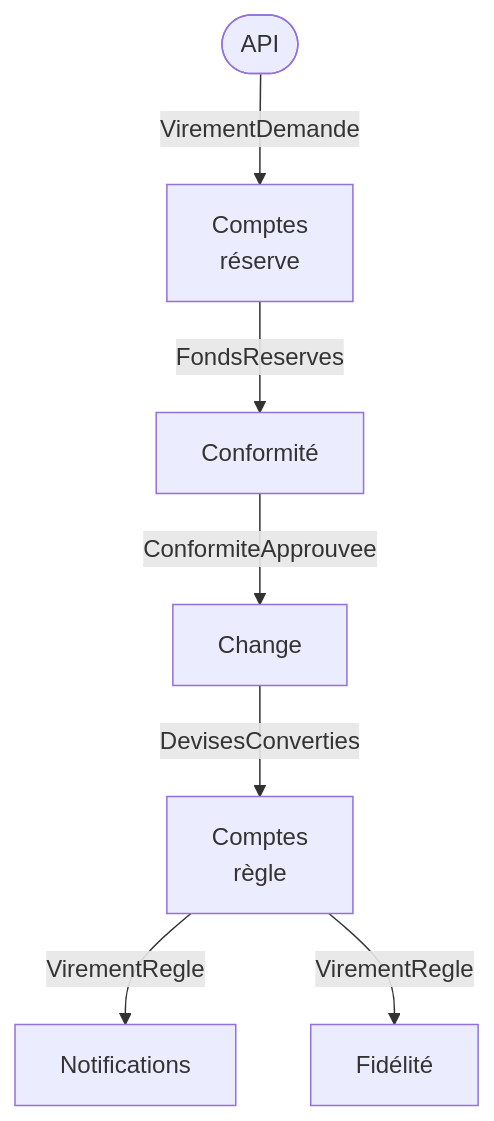
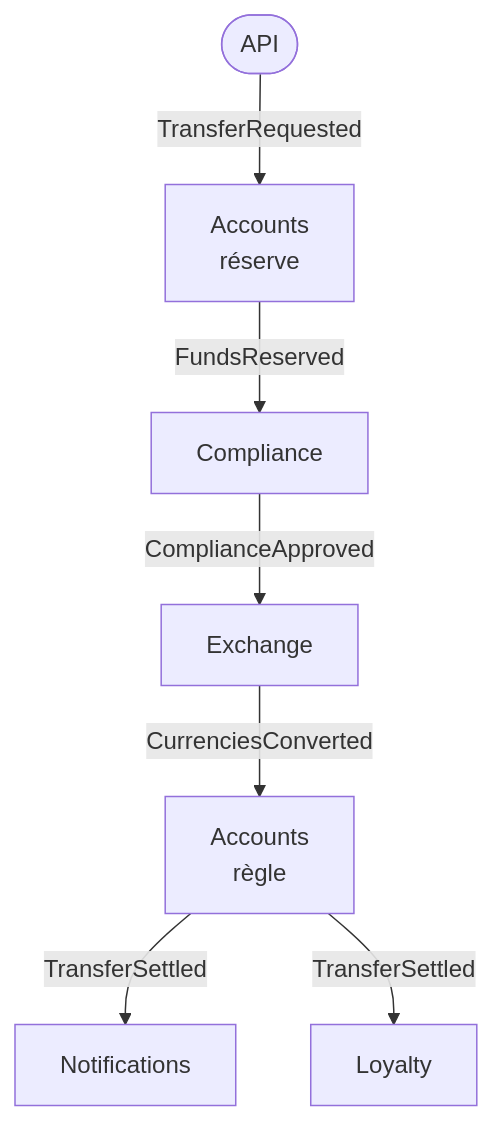
Before and after one commit to drangoht/ArchitecturesDemo: the diagram in Docs/fiches/21-choregraphie.md, drawn with Mermaid. The commit also changed other lines of this file and 70 other files, not shown here.

Commit message:
Docs FR : identifiants, liens, diagrammes et sorties alignés sur le code anglais

````diff
--- a/Docs/fiches/21-choregraphie.md
+++ b/Docs/fiches/21-choregraphie.md
@@ -12,8 +12,8 @@
 ```mermaid
 flowchart TB
-    API(["API"]) -->|VirementDemande| CO["Comptes<br/>réserve"]
-    CO -->|FondsReserves| CF["Conformité"]
-    CF -->|ConformiteApprouvee| CH["Change"]
-    CH -->|DevisesConverties| CO2["Comptes<br/>règle"]
-    CO2 -->|VirementRegle| NO["Notifications"] & FI["Fidélité"]
+    API(["API"]) -->|TransferRequested| CO["Accounts<br/>réserve"]
+    CO -->|FundsReserved| CF["Compliance"]
+    CF -->|ComplianceApproved| CH["Exchange"]
+    CH -->|CurrenciesConverted| CO2["Accounts<br/>règle"]
+    CO2 -->|TransferSettled| NO["Notifications"] & FI["Loyalty"]
 ```
````
